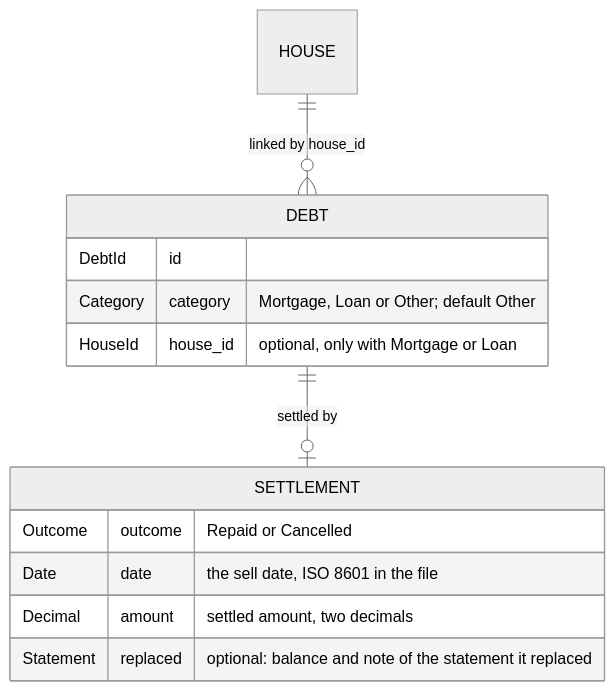
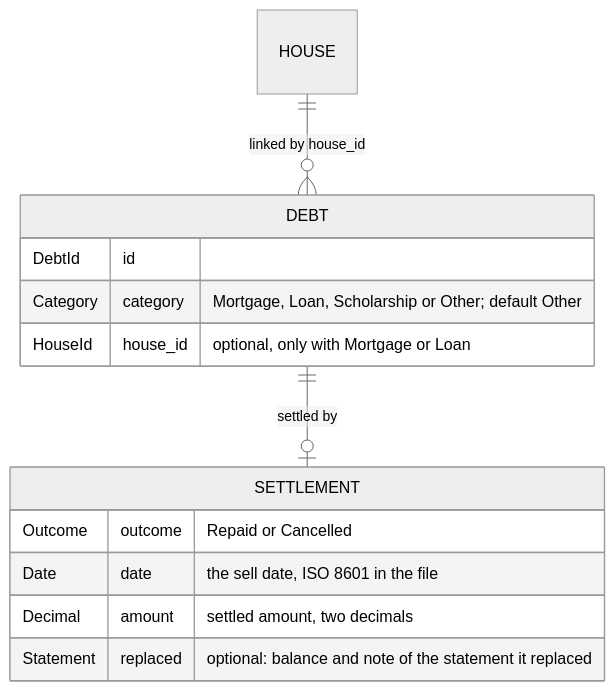
One commit to BardoelT/personal-finance changed the second of 2 diagrams in docs/csd/CSD-020-debt-linked-to-house.md. Above: the diagram before and after it, drawn with Mermaid (neutral theme). The commit also changed other lines of this file and 2 other files, not shown here.

Commit message:
docs(csd): add the debt category Scholarship (CSD-020 v0.6)

````diff
--- a/docs/csd/CSD-020-debt-linked-to-house.md
+++ b/docs/csd/CSD-020-debt-linked-to-house.md
@@ -474,16 +481,16 @@
 ```mermaid
 erDiagram
     HOUSE ||--o{ DEBT : "linked by house_id"
     DEBT ||--o| SETTLEMENT : "settled by"
     DEBT {
         DebtId id
-        Category category "Mortgage, Loan or Other; default Other"
+        Category category "Mortgage, Loan, Scholarship or Other; default Other"
         HouseId house_id "optional, only with Mortgage or Loan"
     }
     SETTLEMENT {
         Outcome outcome "Repaid or Cancelled"
         Date date "the sell date, ISO 8601 in the file"
         Decimal amount "settled amount, two decimals"
         Statement replaced "optional: balance and note of the statement it replaced"
     }
 ```
````
